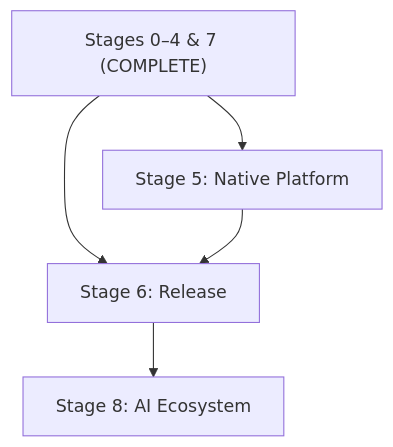
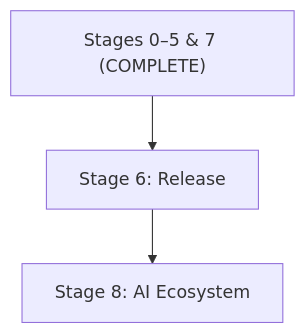
The diagram in TOS_Beta-0_Roadmap.md (KellyDev-Tools/TOS-Desktop-Environment), drawn with Mermaid before and after one commit. The commit also changed other lines of this file and 2 other files, not shown here.

Commit message:
docs(roadmap): complete maintenance audit and changelog migration for Stage 5/6

````diff
--- a/TOS_Beta-0_Roadmap.md
+++ b/TOS_Beta-0_Roadmap.md
@@ -423,7 +425,5 @@
 ```mermaid
 graph TD
-    COMPLETED["Stages 0–4 & 7 (COMPLETE)"] --> S5["Stage 5: Native Platform"]
-    COMPLETED --> S6["Stage 6: Release"]
-    S5 --> S6
+    COMPLETED["Stages 0–5 & 7 (COMPLETE)"] --> S6["Stage 6: Release"]
     S6 --> S8["Stage 8: AI Ecosystem"]
 ```
````
